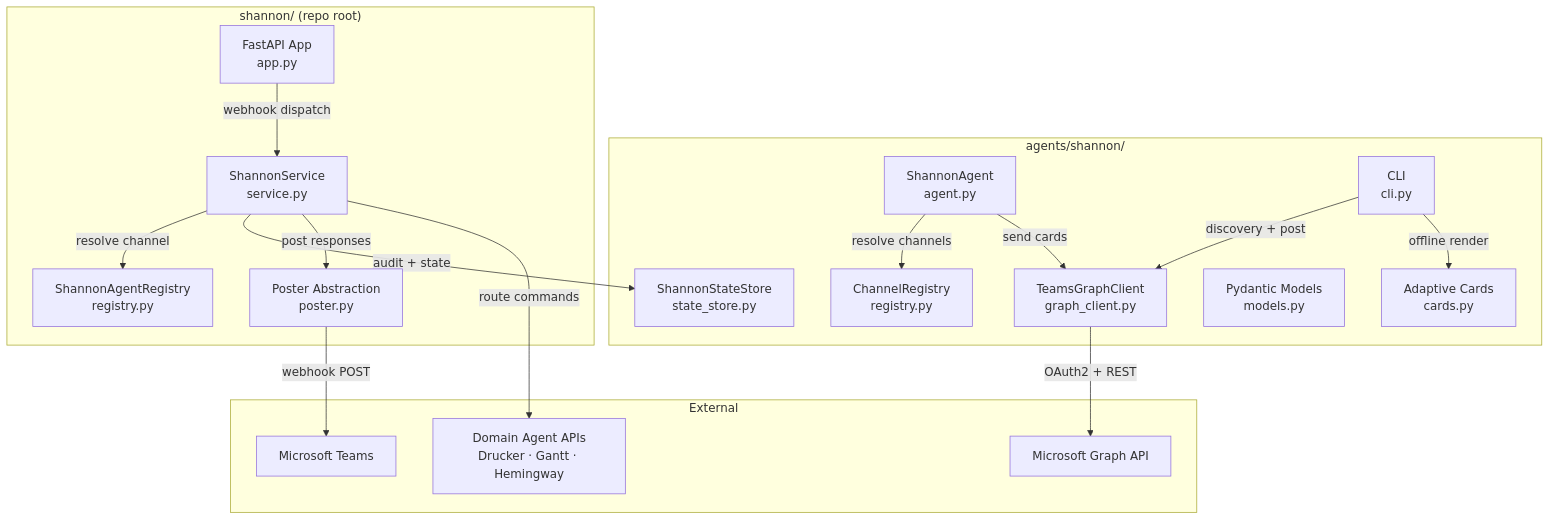
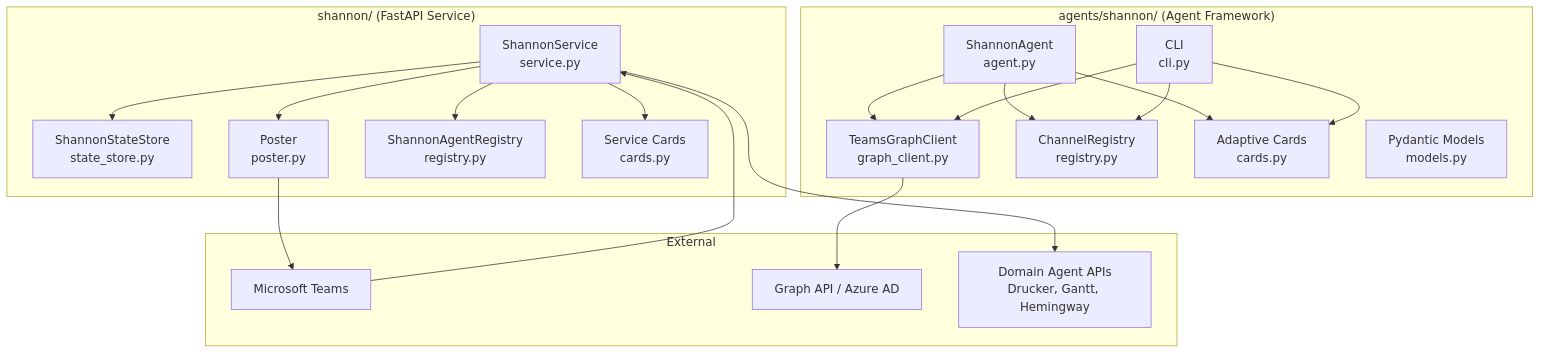
The first of 4 diagrams in docs/agents-shannon.md (jmac-cornelis/agent-workforce), drawn with Mermaid before and after one commit. The commit also changed other lines of this file and 7 other files, not shown here.

````diff
--- a/docs/agents-shannon.md
+++ b/docs/agents-shannon.md
@@ -25,37 +25,40 @@
 ```mermaid
 graph TB
-    subgraph "agents/shannon/"
+    subgraph "agents/shannon/ (Agent Framework)"
         SA[ShannonAgent<br/>agent.py]
         GC[TeamsGraphClient<br/>graph_client.py]
         CR[ChannelRegistry<br/>registry.py]
-        CD[Adaptive Cards<br/>cards.py]
+        AC[Adaptive Cards<br/>cards.py]
         PM[Pydantic Models<br/>models.py]
-        SS[ShannonStateStore<br/>state_store.py]
         CLI[CLI<br/>cli.py]
     end
 
-    subgraph "shannon/ (repo root)"
+    subgraph "shannon/ (FastAPI Service)"
         SVC[ShannonService<br/>service.py]
-        PST[Poster Abstraction<br/>poster.py]
-        REG2[ShannonAgentRegistry<br/>registry.py]
-        APP[FastAPI App<br/>app.py]
+        SS[ShannonStateStore<br/>state_store.py]
+        PST[Poster<br/>poster.py]
+        SR[ShannonAgentRegistry<br/>registry.py]
+        SC[Service Cards<br/>cards.py]
     end
 
     subgraph "External"
         TEAMS[Microsoft Teams]
-        GRAPH[Microsoft Graph API]
-        AGENTS[Domain Agent APIs<br/>Drucker · Gantt · Hemingway]
+        GRAPH[Graph API / Azure AD]
+        AGENTS[Domain Agent APIs<br/>Drucker, Gantt, Hemingway]
     end
 
-    APP -->|webhook dispatch| SVC
-    SVC -->|route commands| AGENTS
-    SVC -->|post responses| PST
-    SVC -->|audit + state| SS
-    SVC -->|resolve channel| REG2
-    SA -->|send cards| GC
-    SA -->|resolve channels| CR
-    GC -->|OAuth2 + REST| GRAPH
-    PST -->|webhook POST| TEAMS
-    CLI -->|offline render| CD
-    CLI -->|discovery + post| GC
+    SA --> GC
+    SA --> CR
+    SA --> AC
+    CLI --> GC
+    CLI --> CR
+    CLI --> AC
+    SVC --> SR
+    SVC --> SS
+    SVC --> PST
+    SVC --> SC
+    GC --> GRAPH
+    PST --> TEAMS
+    SVC --> AGENTS
+    TEAMS --> SVC
 ```
````
